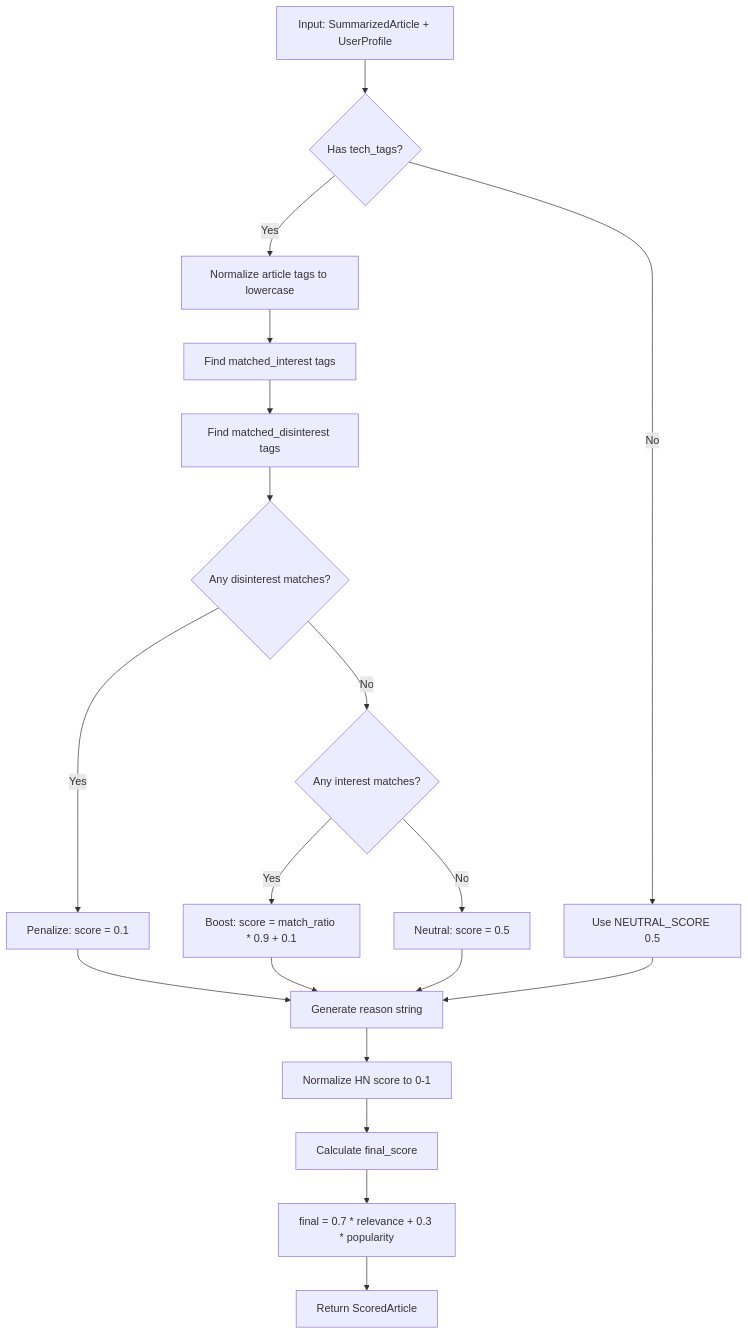
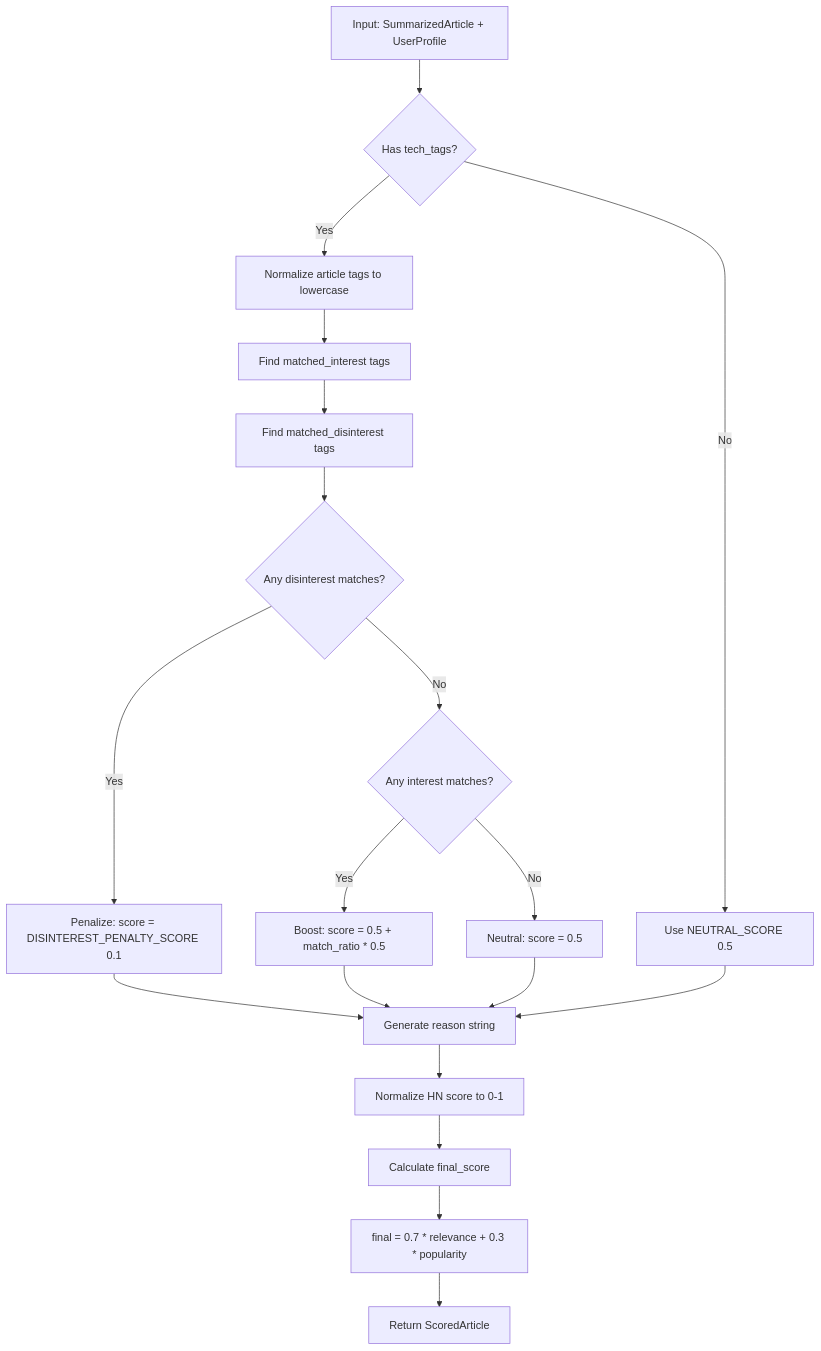
Before and after one commit to darth-dodo/hn-herald: the second of 2 diagrams in docs/design/04-relevance-scoring.md, drawn with Mermaid. The commit also changed other lines of this file and 17 other files, not shown here.

````diff
--- a/docs/design/04-relevance-scoring.md
+++ b/docs/design/04-relevance-scoring.md
@@ -563,26 +626,26 @@
 ```mermaid
 flowchart TD
     A[Input: SummarizedArticle + UserProfile] --> B{Has tech_tags?}
     B -->|No| C[Use NEUTRAL_SCORE 0.5]
     B -->|Yes| D[Normalize article tags to lowercase]
 
     D --> E[Find matched_interest tags]
     E --> F[Find matched_disinterest tags]
 
     F --> G{Any disinterest matches?}
-    G -->|Yes| H[Penalize: score = 0.1]
+    G -->|Yes| H[Penalize: score = DISINTEREST_PENALTY_SCORE 0.1]
     G -->|No| I{Any interest matches?}
 
-    I -->|Yes| J[Boost: score = match_ratio * 0.9 + 0.1]
+    I -->|Yes| J[Boost: score = 0.5 + match_ratio * 0.5]
     I -->|No| K[Neutral: score = 0.5]
 
     H --> L[Generate reason string]
     J --> L
     K --> L
     C --> L
 
     L --> M[Normalize HN score to 0-1]
     M --> N[Calculate final_score]
     N --> O[final = 0.7 * relevance + 0.3 * popularity]
     O --> P[Return ScoredArticle]
 ```
````
